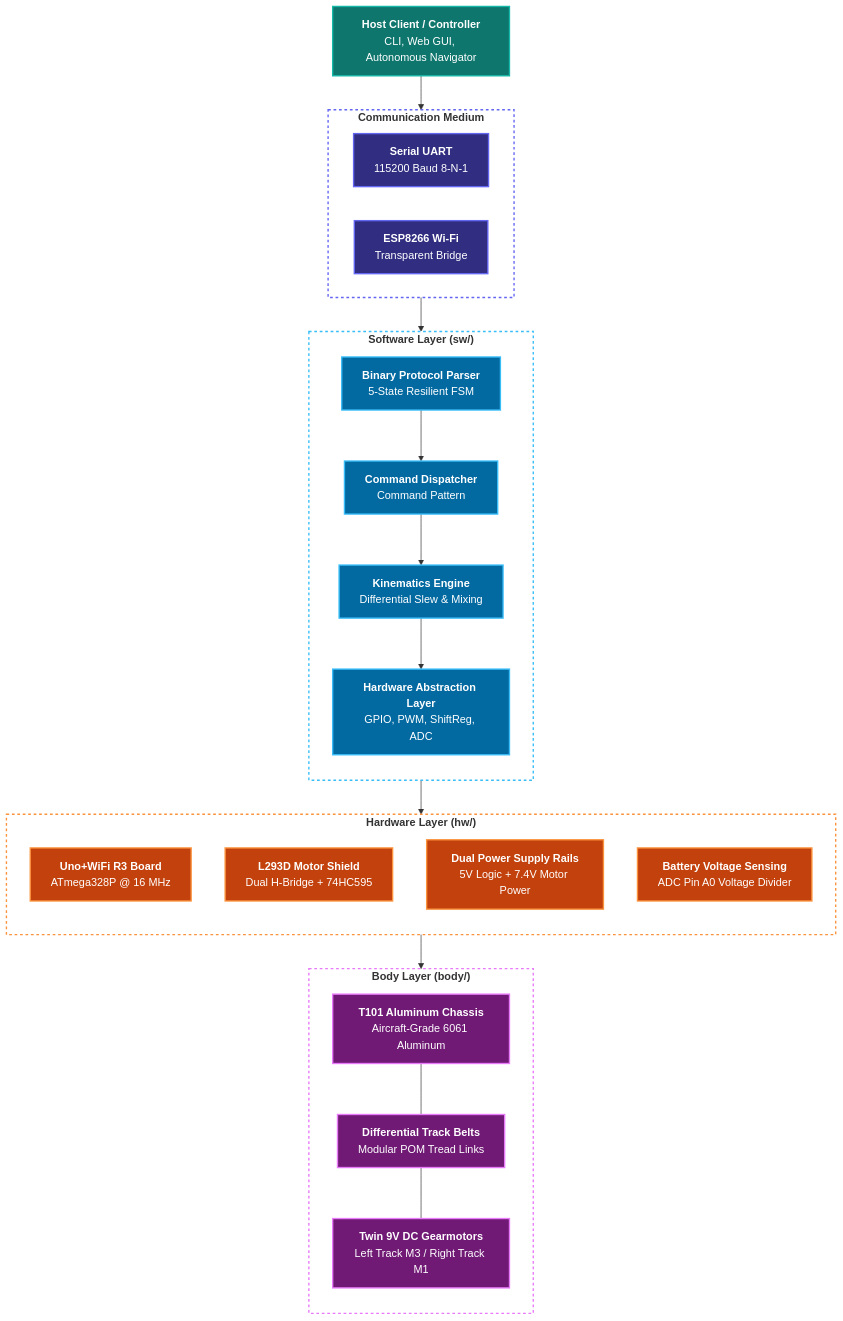
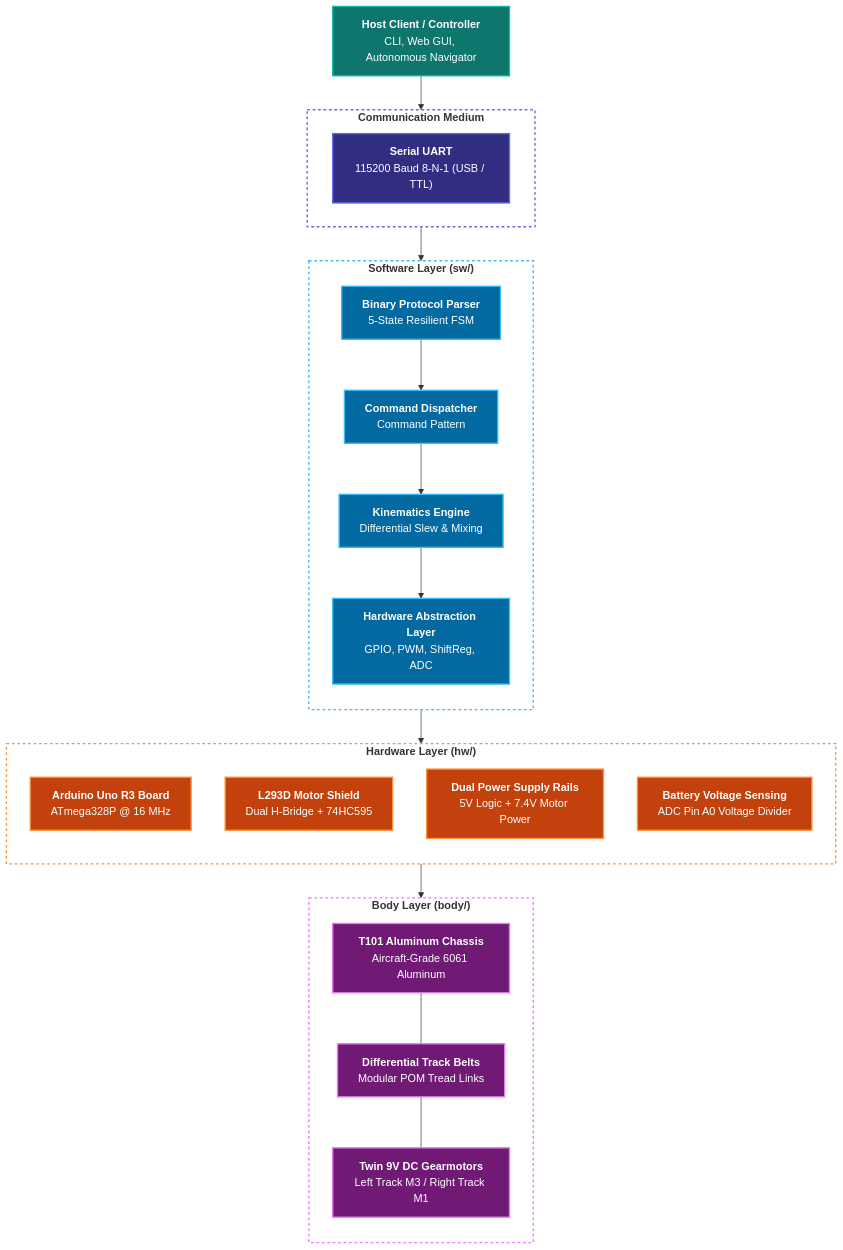
One commit to dof2bot/trackedbot changed the diagram in README.md. Above: the diagram before and after it, drawn with Mermaid. The commit also changed other lines of this file and 31 other files, not shown here.

````diff
--- a/README.md
+++ b/README.md
@@ -24,57 +24,55 @@
 ```mermaid
 flowchart TD
     CLIENT["<b>Host Client / Controller</b><br/>CLI, Web GUI, Autonomous Navigator"]
 
     subgraph COMM ["<b>Communication Medium</b>"]
-        direction LR
-        UART["<b>Serial UART</b><br/>115200 Baud 8-N-1"]
-        WIFI["<b>ESP8266 Wi-Fi</b><br/>Transparent Bridge"]
+        UART["<b>Serial UART</b><br/>115200 Baud 8-N-1 (USB / TTL)"]
     end
 
     subgraph SW ["<b>Software Layer (sw/)</b>"]
         direction TB
         PARSER["<b>Binary Protocol Parser</b><br/>5-State Resilient FSM"]
         CMD_DISPATCH["<b>Command Dispatcher</b><br/>Command Pattern"]
         KINEMATICS["<b>Kinematics Engine</b><br/>Differential Slew & Mixing"]
         HAL["<b>Hardware Abstraction Layer</b><br/>GPIO, PWM, ShiftReg, ADC"]
         PARSER --> CMD_DISPATCH --> KINEMATICS --> HAL
     end
 
     subgraph HW ["<b>Hardware Layer (hw/)</b>"]
         direction TB
-        MCU["<b>Uno+WiFi R3 Board</b><br/>ATmega328P @ 16 MHz"]
+        MCU["<b>Arduino Uno R3 Board</b><br/>ATmega328P @ 16 MHz"]
         SHIELD["<b>L293D Motor Shield</b><br/>Dual H-Bridge + 74HC595"]
         POWER["<b>Dual Power Supply Rails</b><br/>5V Logic + 7.4V Motor Power"]
         SENSE["<b>Battery Voltage Sensing</b><br/>ADC Pin A0 Voltage Divider"]
     end
 
     subgraph BODY ["<b>Body Layer (body/)</b>"]
         direction TB
         CHASSIS["<b>T101 Aluminum Chassis</b><br/>Aircraft-Grade 6061 Aluminum"]
         TRACKS["<b>Differential Track Belts</b><br/>Modular POM Tread Links"]
         MOTORS["<b>Twin 9V DC Gearmotors</b><br/>Left Track M3 / Right Track M1"]
         CHASSIS --- TRACKS --- MOTORS
     end
 
     CLIENT --> COMM
     COMM --> SW
     SW --> HW
     HW --> BODY
 
     classDef clientStyle fill:#0f766e,stroke:#14b8a6,stroke-width:2px,color:#ffffff;
     classDef commStyle fill:#312e81,stroke:#6366f1,stroke-width:2px,color:#ffffff;
     classDef swStyle fill:#0369a1,stroke:#38bdf8,stroke-width:2px,color:#ffffff;
     classDef hwStyle fill:#c2410c,stroke:#fb923c,stroke-width:2px,color:#ffffff;
     classDef bodyStyle fill:#701a75,stroke:#e879f9,stroke-width:2px,color:#ffffff;
 
     class CLIENT clientStyle;
-    class UART,WIFI commStyle;
+    class UART commStyle;
     class PARSER,CMD_DISPATCH,KINEMATICS,HAL swStyle;
     class MCU,SHIELD,POWER,SENSE hwStyle;
     class CHASSIS,TRACKS,MOTORS bodyStyle;
 
     style COMM fill:none,stroke:#6366f1,stroke-width:2px,stroke-dasharray: 4 4
     style SW fill:none,stroke:#38bdf8,stroke-width:2px,stroke-dasharray: 4 4
     style HW fill:none,stroke:#fb923c,stroke-width:2px,stroke-dasharray: 4 4
     style BODY fill:none,stroke:#e879f9,stroke-width:2px,stroke-dasharray: 4 4
 ```
````
